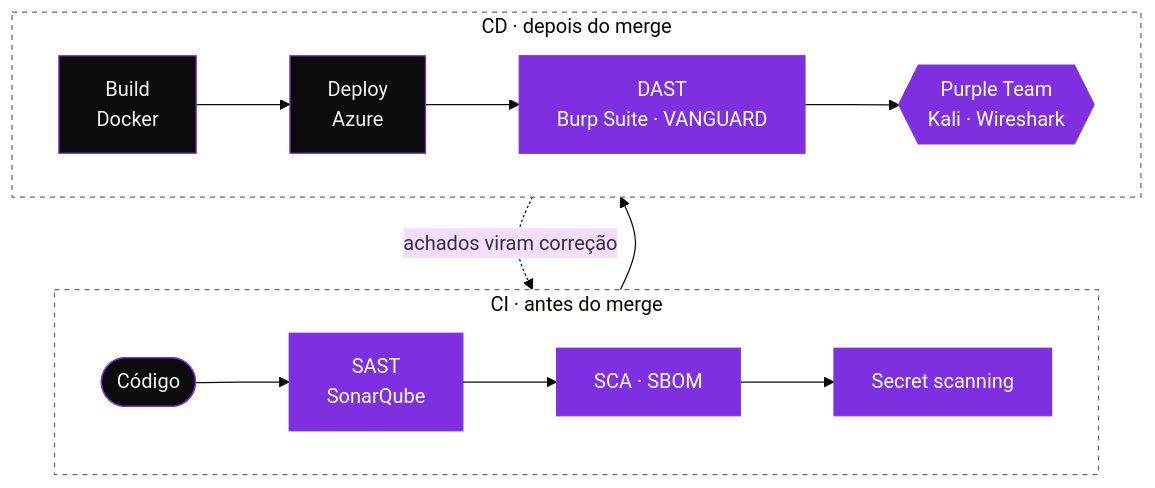
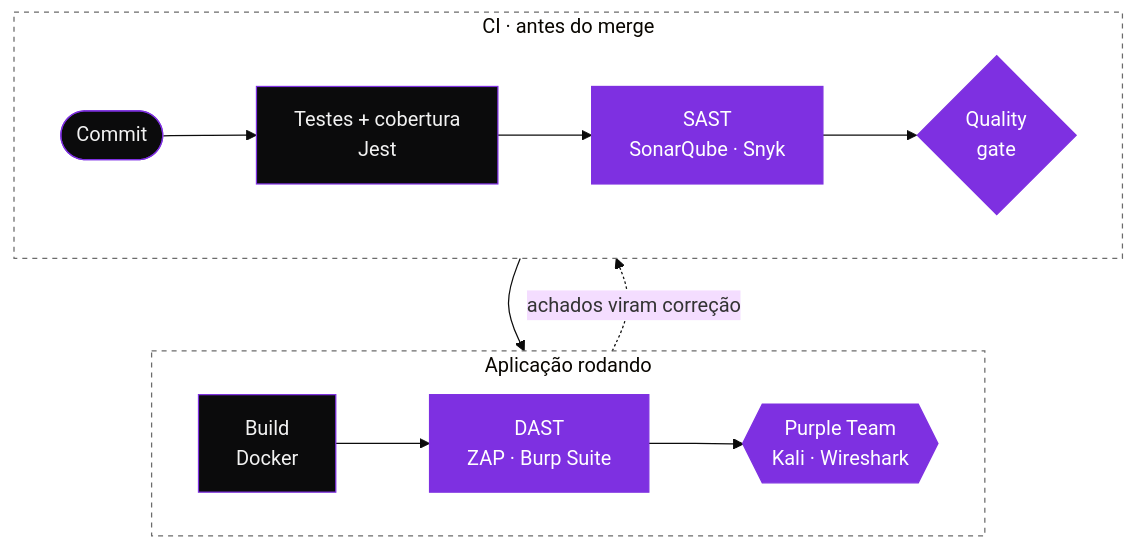
Before and after one commit to rafafrd/rafafrd: the diagram in README.md, drawn with Mermaid (base theme). The commit also changed other lines of this file, not shown here.

````diff
--- a/README.md
+++ b/README.md
@@ -41,20 +41,20 @@
 ```mermaid
 flowchart TB
+  subgraph RUN["Aplicação rodando"]
+    direction LR
+    E[Build<br/>Docker] --> F[DAST<br/>ZAP · Burp Suite] --> G{{Purple Team<br/>Kali · Wireshark}}
+  end
   subgraph CI["CI · antes do merge"]
     direction LR
-    A([Código]) --> B[SAST<br/>SonarQube] --> C[SCA · SBOM] --> D[Secret scanning]
+    A([Commit]) --> B[Testes + cobertura<br/>Jest] --> C[SAST<br/>SonarQube · Snyk] --> D{Quality<br/>gate}
   end
-  subgraph CD["CD · depois do merge"]
-    direction LR
-    E[Build<br/>Docker] --> F[Deploy<br/>Azure] --> G[DAST<br/>Burp Suite · VANGUARD] --> H{{Purple Team<br/>Kali · Wireshark}}
-  end
-  CI --> CD
-  CD -. achados viram correção .-> CI
+  CI --> RUN
+  RUN -. achados viram correção .-> CI
 
   classDef etapa fill:#0b0b0c,stroke:#7E30E1,color:#f2f2f2
   classDef seguranca fill:#7E30E1,stroke:#7E30E1,color:#ffffff
-  class A,E,F etapa
-  class B,C,D,G,H seguranca
+  class A,B,E etapa
+  class C,D,F,G seguranca
   style CI fill:transparent,stroke:#6b6b6b,stroke-dasharray:4 4
-  style CD fill:transparent,stroke:#6b6b6b,stroke-dasharray:4 4
+  style RUN fill:transparent,stroke:#6b6b6b,stroke-dasharray:4 4
 ```
````
